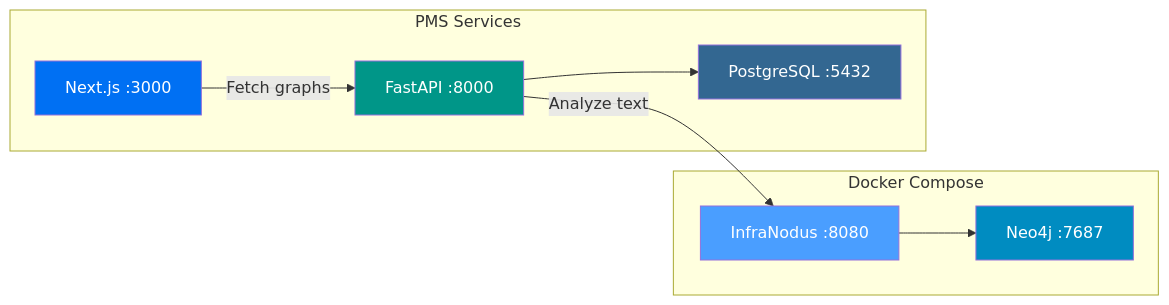
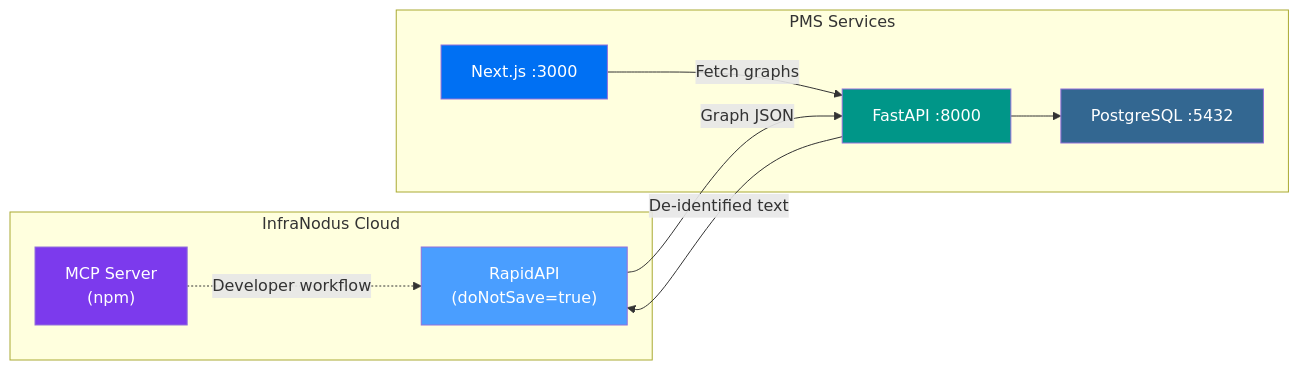
One commit to ammar-utexas/demo changed the diagram in docs/experiments/41-InfraNodus-PMS-Developer-Setup-Guide.md. Above: the diagram before and after it, drawn with Mermaid. The commit also changed other lines of this file and 3 other files, not shown here.

First line of the commit message:
Update Experiment 41 to use Cloud API + MCP Server instead of self-hosted InfraNodus

````diff
--- a/docs/experiments/41-InfraNodus-PMS-Developer-Setup-Guide.md
+++ b/docs/experiments/41-InfraNodus-PMS-Developer-Setup-Guide.md
@@ -36,24 +41,25 @@
 ```mermaid
 flowchart LR
-    subgraph Docker["Docker Compose"]
-        IN["InfraNodus :8080"]
-        NEO["Neo4j :7687"]
+    subgraph Cloud["InfraNodus Cloud"]
+        API["RapidAPI<br/>(doNotSave=true)"]
+        MCP["MCP Server<br/>(npm)"]
     end
 
     subgraph PMS["PMS Services"]
         BE["FastAPI :8000"]
         FE["Next.js :3000"]
         PG["PostgreSQL :5432"]
     end
 
-    BE -->|"Analyze text"| IN
-    IN --> NEO
+    BE -->|"De-identified text"| API
+    API -->|"Graph JSON"| BE
     FE -->|"Fetch graphs"| BE
     BE --> PG
+    MCP -.->|"Developer workflow"| API
 
-    style IN fill:#4a9eff,color:#fff
-    style NEO fill:#008cc1,color:#fff
+    style API fill:#4a9eff,color:#fff
+    style MCP fill:#7c3aed,color:#fff
     style BE fill:#009688,color:#fff
     style FE fill:#0070f3,color:#fff
     style PG fill:#336791,color:#fff
 ```
````
